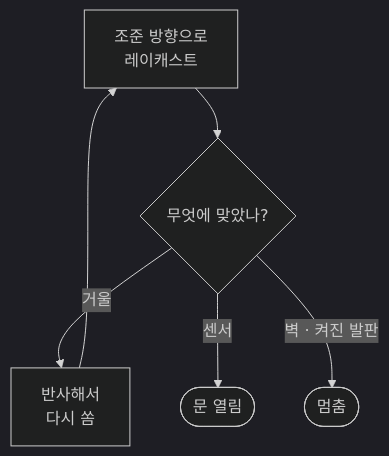
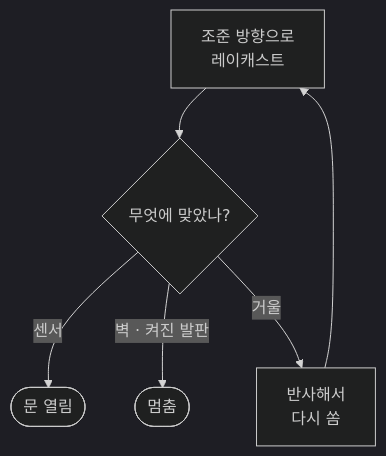
One commit to rlawlsdn77/portfolio changed the fourth of 6 diagrams in src/Shifter/Shifter_기술문서.md. Above: the diagram before and after it, drawn with Mermaid (dark theme). The commit also changed other lines of this file, not shown here.

````diff
--- a/src/Shifter/Shifter_기술문서.md
+++ b/src/Shifter/Shifter_기술문서.md
@@ -193,8 +193,8 @@
 ```mermaid
 flowchart TB
     S["조준 방향으로<br/>레이캐스트"] --> W{"무엇에 맞았나?"}
+    W -->|"센서"| OK(["문 열림"])
+    W -->|"벽 · 켜진 발판"| E(["멈춤"])
     W -->|"거울"| R["반사해서<br/>다시 쏨"]
     R --> S
-    W -->|"센서"| OK(["문 열림"])
-    W -->|"벽 · 켜진 발판"| E(["멈춤"])
 ```
````
